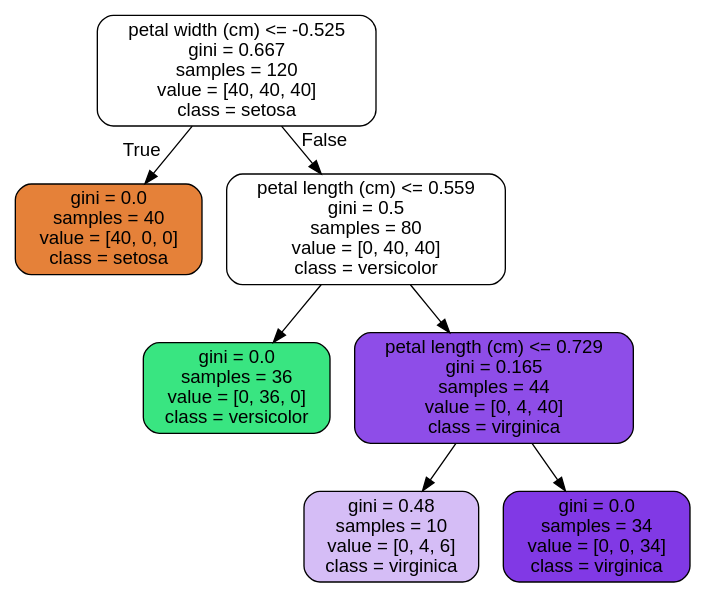
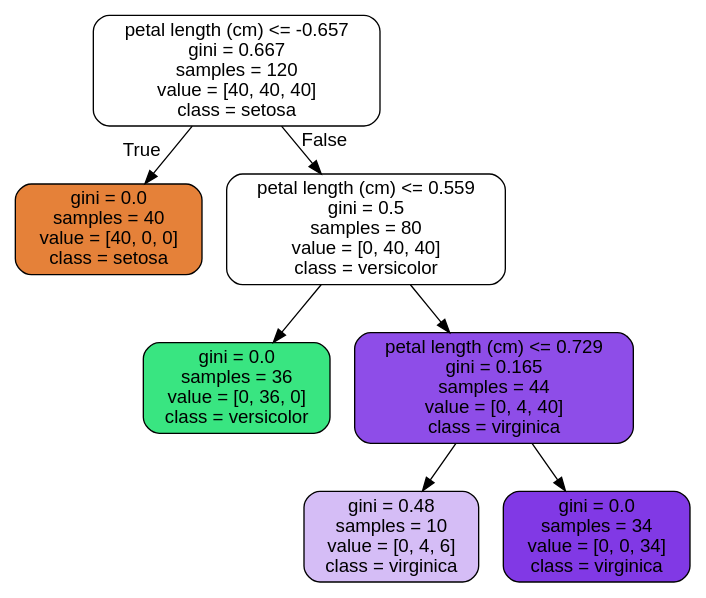
Before and after one commit to metr0jw/2022-BCML-WinterStudy: the diagram in Ch_6_Decision_Tree/img/iris_tree.dot, drawn with Graphviz. The commit also changed 3 other files, not shown here.

```diff
--- a/Ch_6_Decision_Tree/img/iris_tree.dot
+++ b/Ch_6_Decision_Tree/img/iris_tree.dot
@@ -1,17 +1,17 @@
 digraph Tree {
 node [shape=box, style="filled, rounded", color="black", fontname="helvetica"] ;
 edge [fontname="helvetica"] ;
-0 [label="petal width (cm) <= -0.525\ngini = 0.667\nsamples = 120\nvalue = [40, 40, 40]\nclass = setosa", fillcolor="#ffffff"] ;
+0 [label="petal length (cm) <= -0.657\ngini = 0.667\nsamples = 120\nvalue = [40, 40, 40]\nclass = setosa", fillcolor="#ffffff"] ;
 1 [label="gini = 0.0\nsamples = 40\nvalue = [40, 0, 0]\nclass = setosa", fillcolor="#e58139"] ;
 0 -> 1 [labeldistance=2.5, labelangle=45, headlabel="True"] ;
 2 [label="petal length (cm) <= 0.559\ngini = 0.5\nsamples = 80\nvalue = [0, 40, 40]\nclass = versicolor", fillcolor="#ffffff"] ;
 0 -> 2 [labeldistance=2.5, labelangle=-45, headlabel="False"] ;
 3 [label="gini = 0.0\nsamples = 36\nvalue = [0, 36, 0]\nclass = versicolor", fillcolor="#39e581"] ;
 2 -> 3 ;
 4 [label="petal length (cm) <= 0.729\ngini = 0.165\nsamples = 44\nvalue = [0, 4, 40]\nclass = virginica", fillcolor="#8e4de8"] ;
 2 -> 4 ;
 5 [label="gini = 0.48\nsamples = 10\nvalue = [0, 4, 6]\nclass = virginica", fillcolor="#d5bdf6"] ;
 4 -> 5 ;
 6 [label="gini = 0.0\nsamples = 34\nvalue = [0, 0, 34]\nclass = virginica", fillcolor="#8139e5"] ;
 4 -> 6 ;
 }
```
